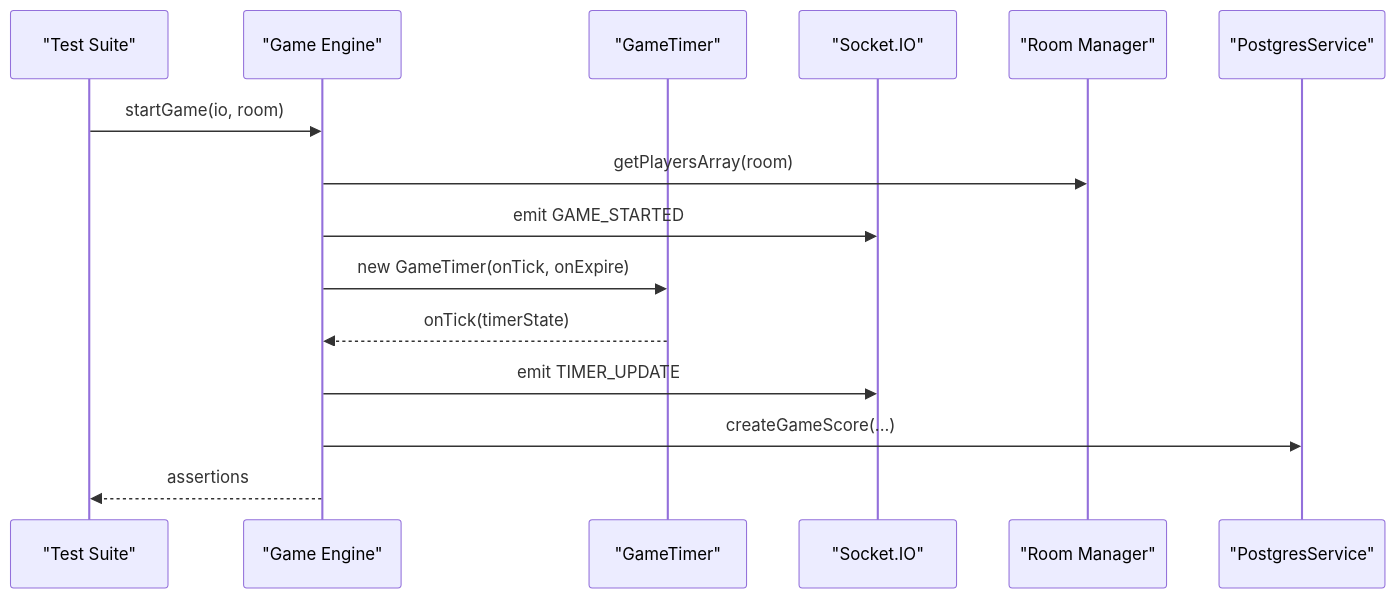
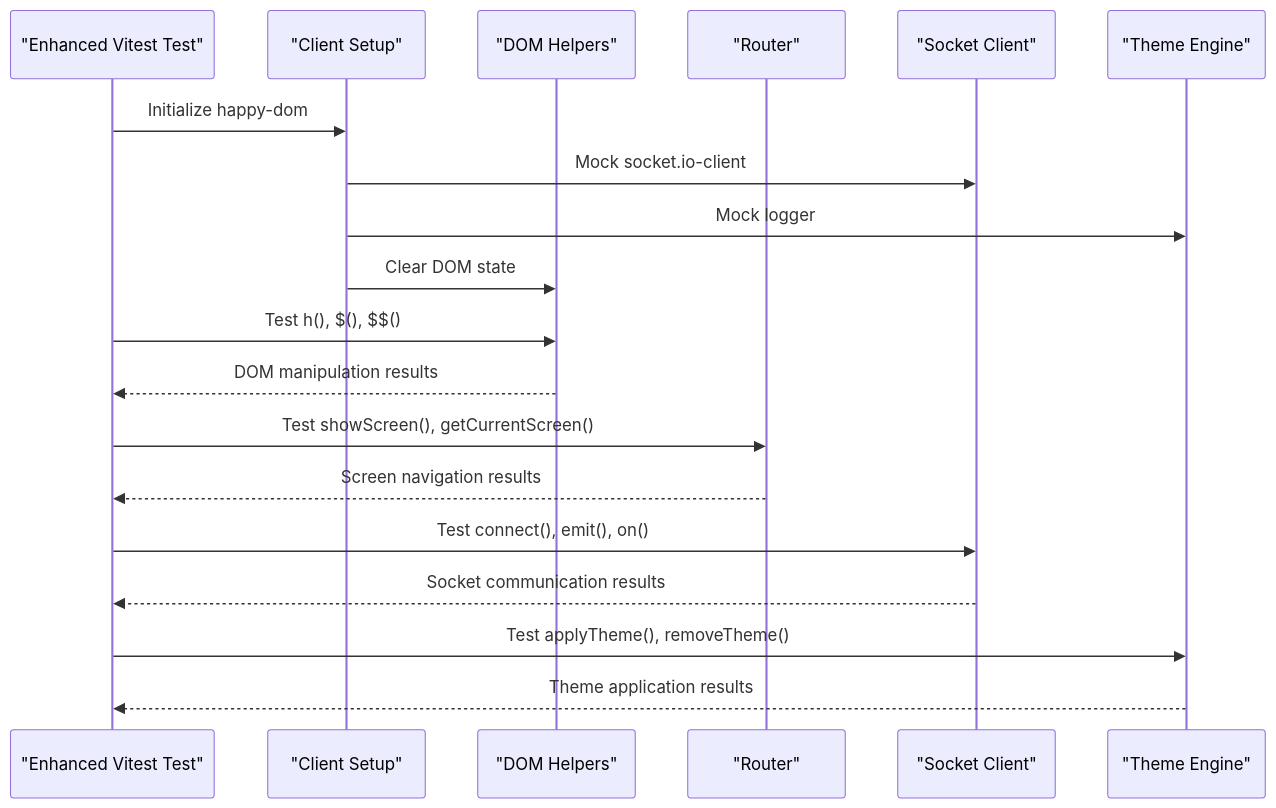
One commit to dkoukoul/escape-room-mvp changed the third of 6 diagrams in .qoder/repowiki/en/content/Testing Strategy.md. Above: the diagram before and after it, drawn with Mermaid. The commit also changed other lines of this file and 21 other files, not shown here.

````diff
--- a/.qoder/repowiki/en/content/Testing Strategy.md
+++ b/.qoder/repowiki/en/content/Testing Strategy.md
@@ -162,17 +348,21 @@
 ```mermaid
 sequenceDiagram
-participant Test as "Test Suite"
-participant Engine as "Game Engine"
-participant Timer as "GameTimer"
-participant IO as "Socket.IO"
-participant RM as "Room Manager"
-participant PG as "PostgresService"
-Test->>Engine : startGame(io, room)
-Engine->>RM : getPlayersArray(room)
-Engine->>IO : emit GAME_STARTED
-Engine->>Timer : new GameTimer(onTick, onExpire)
-Timer-->>Engine : onTick(timerState)
-Engine->>IO : emit TIMER_UPDATE
-Engine->>PG : createGameScore(...)
-Engine-->>Test : assertions
+participant Test as "Enhanced Vitest Test"
+participant Setup as "Client Setup"
+participant DOM as "DOM Helpers"
+participant Router as "Router"
+participant Socket as "Socket Client"
+participant Theme as "Theme Engine"
+Test->>Setup : Initialize happy-dom
+Setup->>Socket : Mock socket.io-client
+Setup->>Theme : Mock logger
+Setup->>DOM : Clear DOM state
+Test->>DOM : Test h(), $(), $$()
+DOM-->>Test : DOM manipulation results
+Test->>Router : Test showScreen(), getCurrentScreen()
+Router-->>Test : Screen navigation results
+Test->>Socket : Test connect(), emit(), on()
+Socket-->>Test : Socket communication results
+Test->>Theme : Test applyTheme(), removeTheme()
+Theme-->>Test : Theme application results
 ```
````
